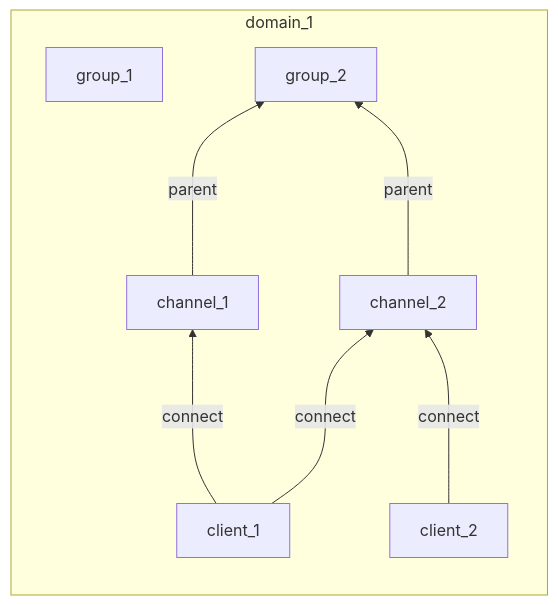
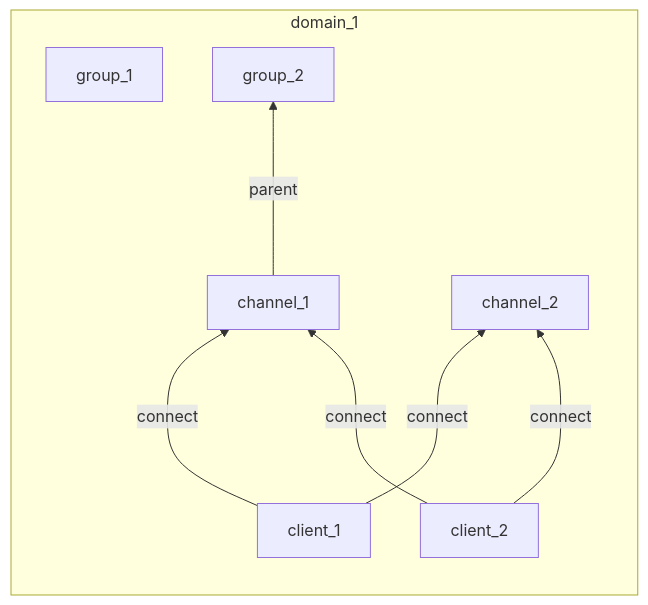
Before and after one commit to nyagamunene/supermq-docs: the fifth of 8 diagrams in docs/authorization.md, drawn with Mermaid. The commit also changed other lines of this file and 8 other files, not shown here.

````diff
--- a/docs/authorization.md
+++ b/docs/authorization.md
@@ -130,23 +147,23 @@
 ```mermaid
 graph
    subgraph domain_1
       direction BT
       Gr1["group_1"]
       Gr2["group_2"]
 
-      Th1["client_1"]
-      Th2["client_2"]
+      Cl1["client_1"]
+      Cl2["client_2"]
 
       Ch1["channel_1"]
       Ch2["channel_2"]
 
 
-      Th1 --->|connect| Ch1
-      Th1 --->|connect| Ch2
+      Cl1 --->|connect| Ch1
+      Cl1 --->|connect| Ch2
 
-      Th2 --->|connect| Ch2
+      Cl2 --->|connect| Ch1
+      Cl2 --->|connect| Ch2
 
       Ch1 --->|parent| Gr2
-      Ch2 --->|parent| Gr2
    end
 ```
````
